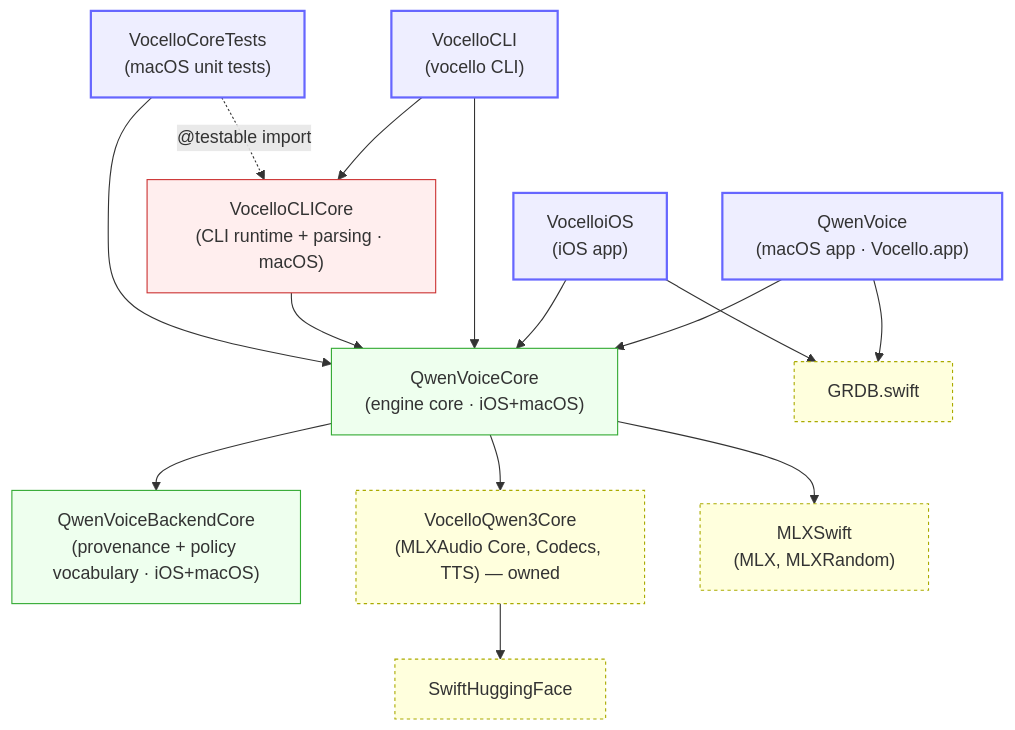
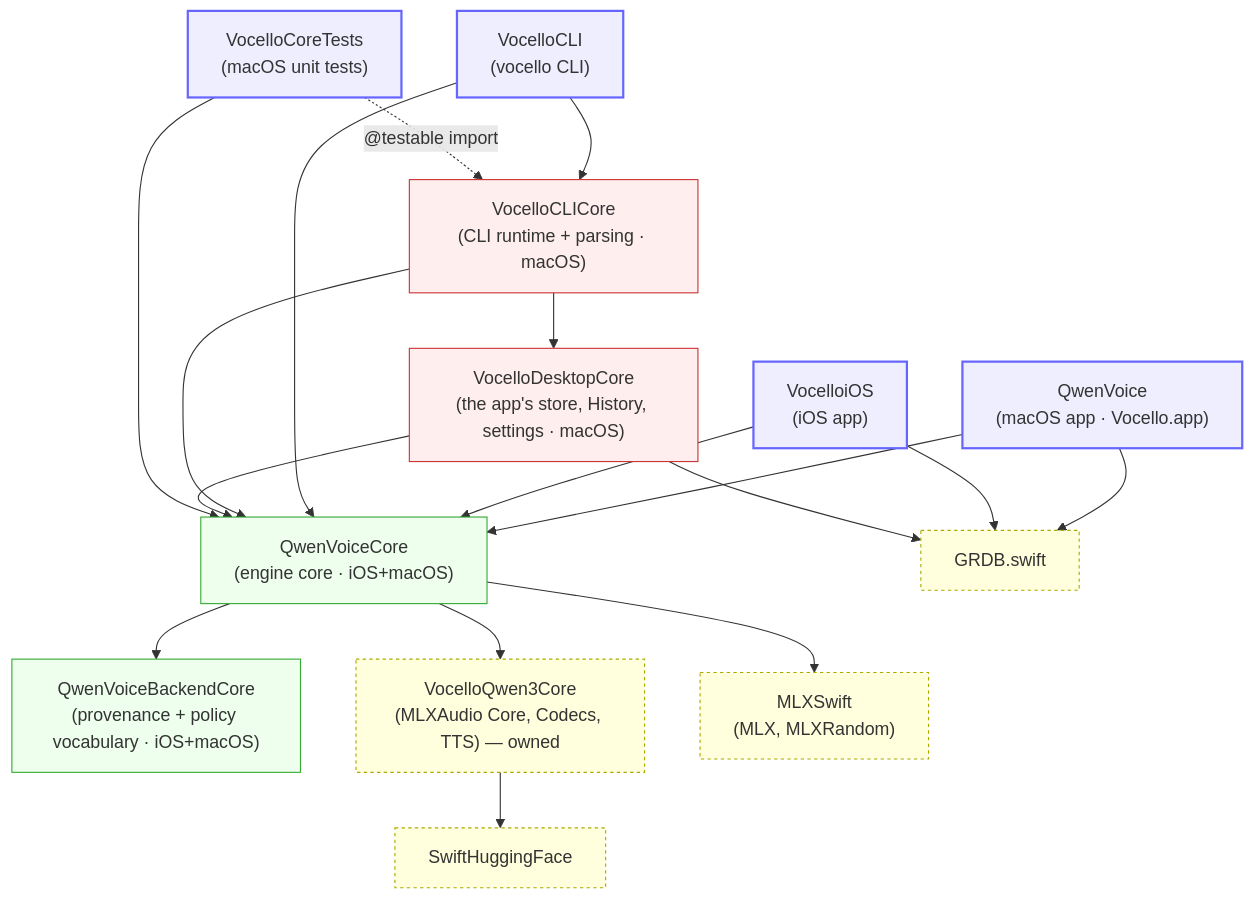
Before and after one commit to PowerBeef/Vocello: the first of 7 diagrams in docs/ARCHITECTURE.md, drawn with Mermaid. The commit also changed other lines of this file and 11 other files, not shown here.

````diff
--- a/docs/ARCHITECTURE.md
+++ b/docs/ARCHITECTURE.md
@@ -69,40 +69,44 @@
 ```mermaid
 graph TD
     classDef app fill:#eef,stroke:#66f,stroke-width:2px;
     classDef fw fill:#efe,stroke:#3a3;
     classDef macfw fill:#fee,stroke:#c33;
     classDef spm fill:#ffd,stroke:#aa0,stroke-dasharray:3 3;
 
     QwenVoice["QwenVoice<br/>(macOS app · Vocello.app)"]:::app
     VocelloiOS["VocelloiOS<br/>(iOS app)"]:::app
     VocelloCLI["VocelloCLI<br/>(vocello CLI)"]:::app
 
     QwenVoiceCore["QwenVoiceCore<br/>(engine core · iOS+macOS)"]:::fw
     QwenVoiceBackendCore["QwenVoiceBackendCore<br/>(provenance + policy vocabulary · iOS+macOS)"]:::fw
     VocelloCLICore["VocelloCLICore<br/>(CLI runtime + parsing · macOS)"]:::macfw
+    VocelloDesktopCore["VocelloDesktopCore<br/>(the app's store, History, settings · macOS)"]:::macfw
     VocelloCoreTests["VocelloCoreTests<br/>(macOS unit tests)"]:::app
 
     GRDB["GRDB.swift"]:::spm
     MLXAudio["VocelloQwen3Core<br/>(MLXAudio Core, Codecs, TTS) — owned"]:::spm
     MLXSwift["MLXSwift<br/>(MLX, MLXRandom)"]:::spm
     SwiftHuggingFace["SwiftHuggingFace"]:::spm
 
     QwenVoice --> QwenVoiceCore
     QwenVoice --> GRDB
 
     VocelloiOS --> QwenVoiceCore
     VocelloiOS --> GRDB
 
     VocelloCLI --> VocelloCLICore
     VocelloCLI --> QwenVoiceCore
+    VocelloCLICore --> VocelloDesktopCore
     VocelloCLICore --> QwenVoiceCore
+    VocelloDesktopCore --> QwenVoiceCore
+    VocelloDesktopCore --> GRDB
 
     VocelloCoreTests --> QwenVoiceCore
     VocelloCoreTests -.->|"@testable import"| VocelloCLICore
 
     QwenVoiceCore --> QwenVoiceBackendCore
 
     QwenVoiceCore --> MLXAudio
     QwenVoiceCore --> MLXSwift
     MLXAudio --> SwiftHuggingFace
 ```
````
